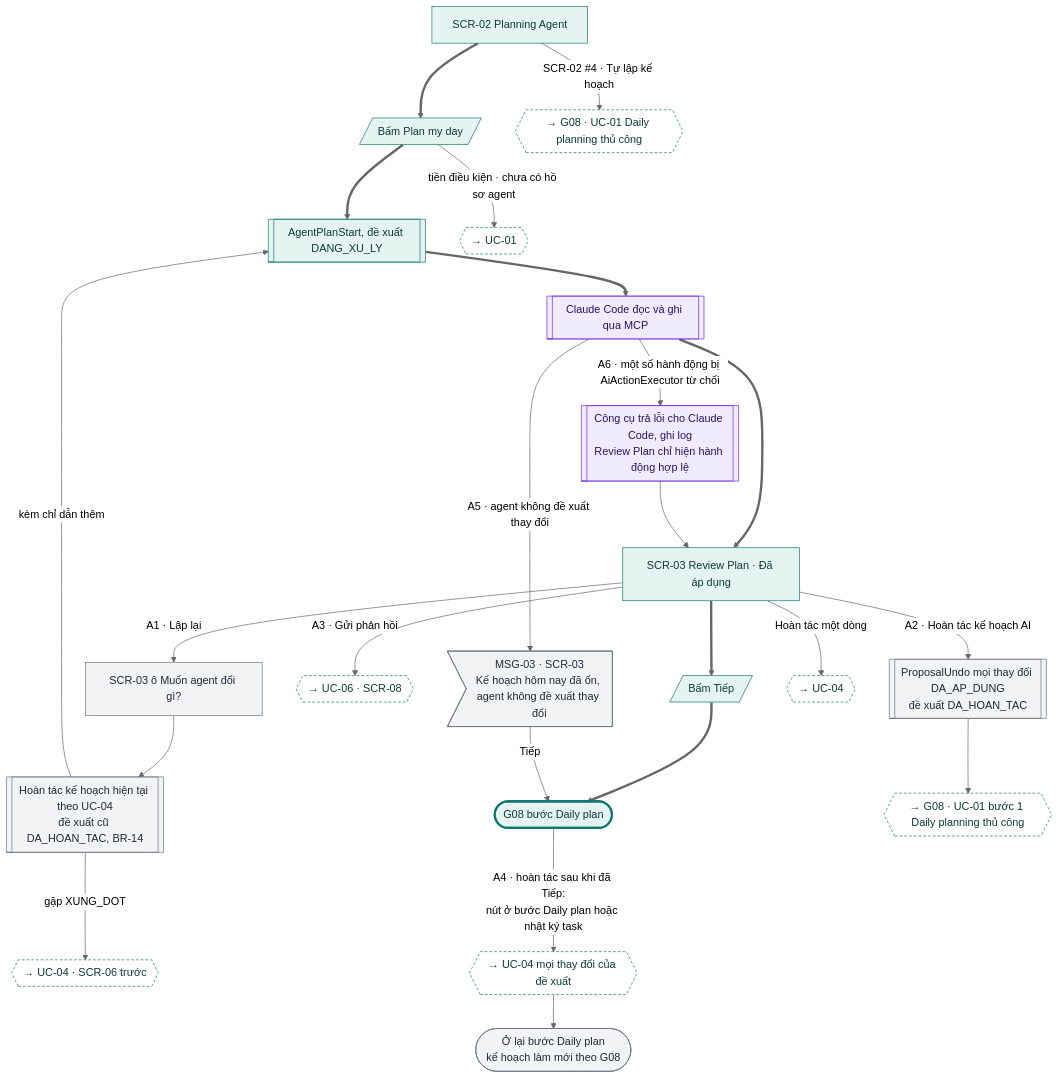
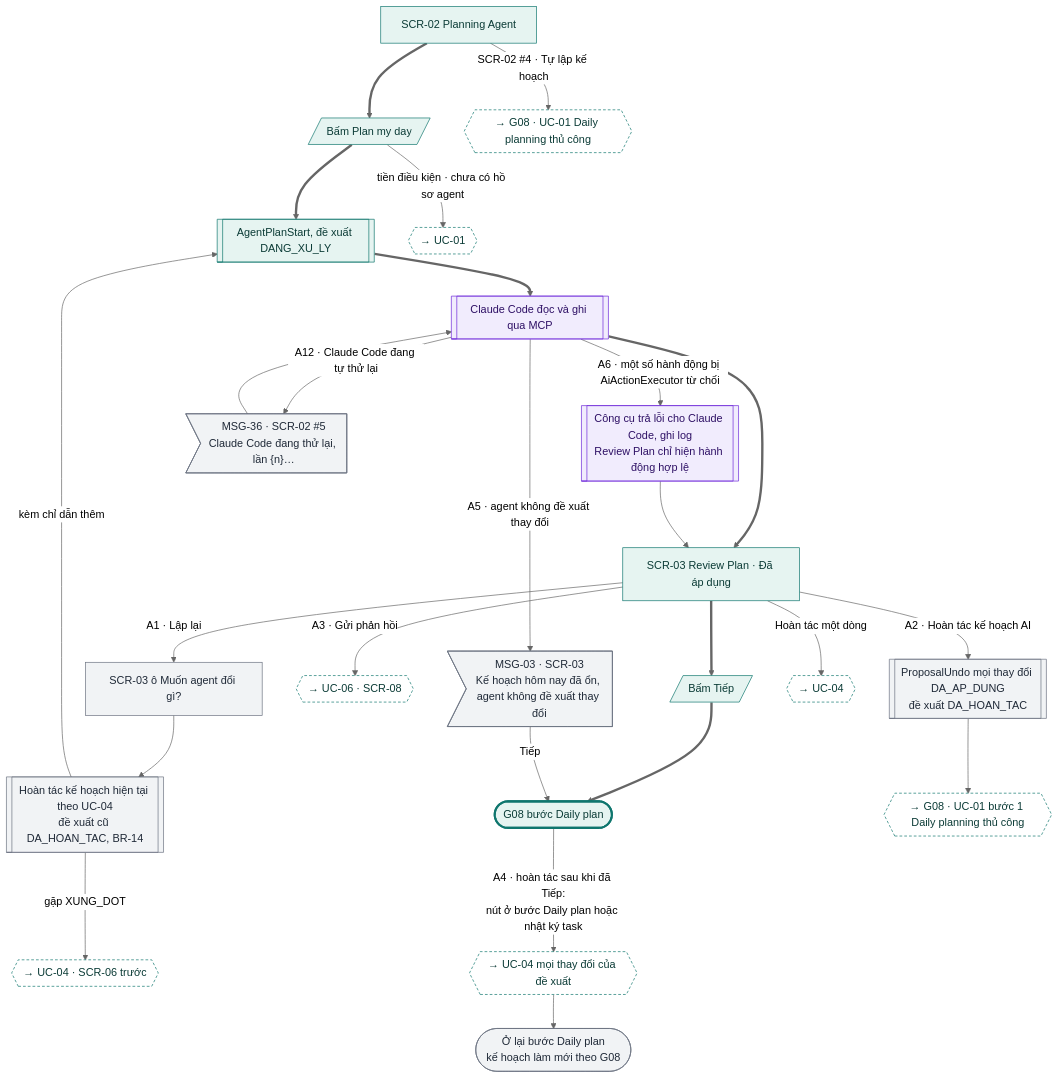
One commit to tannguyenho/personal-app changed the fourth of 29 diagrams in docs/design-brief/flow/g10-tro-ly-ai.md. Above: the diagram before and after it, drawn with Mermaid (neutral theme). The commit also changed other lines of this file and 6 other files, not shown here.

First line of the commit message:
docs(G01, G10): áp quyết định PO 09/11 vào SRS, PRD, flow; IA trỏ mã mới

````diff
--- a/docs/design-brief/flow/g10-tro-ly-ai.md
+++ b/docs/design-brief/flow/g10-tro-ly-ai.md
@@ -158,44 +158,46 @@
 ```mermaid
 flowchart TD
   s1["SCR-02 Planning Agent"]
   u1[/"Bấm Plan my day"/]
   p1[["AgentPlanStart, đề xuất DANG_XU_LY"]]
   p3[["Claude Code đọc và ghi qua MCP"]]
   s3["SCR-03 Review Plan · Đã áp dụng"]
   u2[/"Bấm Tiếp"/]
   ok(["G08 bước Daily plan"])
 
   s1 ==> u1 ==> p1 ==> p3 ==> s3 ==> u2 ==> ok
 
   u1 -->|"tiền điều kiện · chưa có hồ sơ agent"| x01{{"→ UC-01"}}
   s1 -->|"SCR-02 #4 · Tự lập kế hoạch"| xman{{"→ G08 · UC-01 Daily planning thủ công"}}
   p3 -->|"A5 · agent không đề xuất thay đổi"| a5m>"MSG-03 · SCR-03<br/>Kế hoạch hôm nay đã ổn, agent không đề xuất thay đổi"]
   a5m -->|"Tiếp"| ok
   p3 -->|"A6 · một số hành động bị AiActionExecutor từ chối"| a6[["Công cụ trả lỗi cho Claude Code, ghi log<br/>Review Plan chỉ hiện hành động hợp lệ"]]
   a6 --> s3
+  p3 -->|"A12 · Claude Code đang tự thử lại"| a12m>"MSG-36 · SCR-02 #5<br/>Claude Code đang thử lại, lần {n}…"]
+  a12m --> p3
   s3 -->|"A3 · Gửi phản hồi"| a3{{"→ UC-06 · SCR-08"}}
   s3 -->|"A1 · Lập lại"| a1["SCR-03 ô Muốn agent đổi gì?"]
   a1 --> a1p[["Hoàn tác kế hoạch hiện tại theo UC-04<br/>đề xuất cũ DA_HOAN_TAC, BR-14"]]
   a1p -->|"gặp XUNG_DOT"| a1x{{"→ UC-04 · SCR-06 trước"}}
   a1p -->|"kèm chỉ dẫn thêm"| p1
   s3 -->|"A2 · Hoàn tác kế hoạch AI"| a2[["ProposalUndo mọi thay đổi DA_AP_DUNG<br/>đề xuất DA_HOAN_TAC"]]
   a2 --> a2x{{"→ G08 · UC-01 bước 1 Daily planning thủ công"}}
   s3 -->|"Hoàn tác một dòng"| a0{{"→ UC-04"}}
   ok -->|"A4 · hoàn tác sau khi đã Tiếp:<br/>nút ở bước Daily plan hoặc nhật ký task"| a4{{"→ UC-04 mọi thay đổi của đề xuất"}}
   a4 --> a4r(["Ở lại bước Daily plan<br/>kế hoạch làm mới theo G08"])
 
   class s1,u1,p1,s3,u2 happy
   class p3,a6 ai
-  class a5m,a1,a1p,a2,a4r alt
+  class a5m,a1,a1p,a2,a4r,a12m alt
   class x01,xman,a3,a1x,a2x,a0,a4 link
   class ok done
   classDef happy fill:#E6F4F1,stroke:#0F766E,color:#0B3B36
   classDef alt fill:#F1F3F5,stroke:#6B7280,color:#1F2937
   classDef err fill:#FDECEC,stroke:#B42318,color:#5C1010
   classDef warn fill:#FEF4E2,stroke:#B45309,color:#4A2604
   classDef ai fill:#F1ECFD,stroke:#6D28D9,color:#2E1065
   classDef sync fill:#FFFFFF,stroke:#6B7280,stroke-dasharray:4 3,color:#1F2937
   classDef link fill:#FFFFFF,stroke:#0F766E,stroke-dasharray:4 3,color:#0B3B36
   classDef done fill:#E6F4F1,stroke:#0F766E,stroke-width:3px,color:#0B3B36
   classDef fail fill:#FDECEC,stroke:#B42318,stroke-width:3px,color:#5C1010
 ```
````
